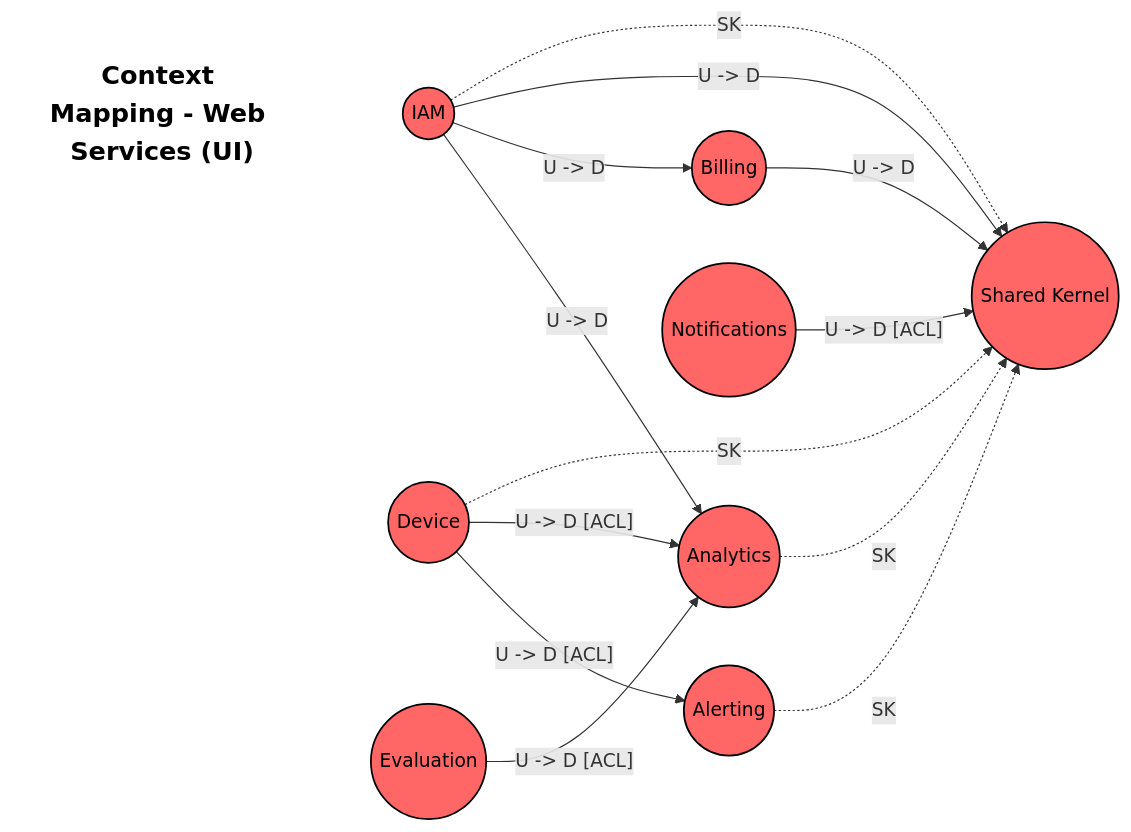
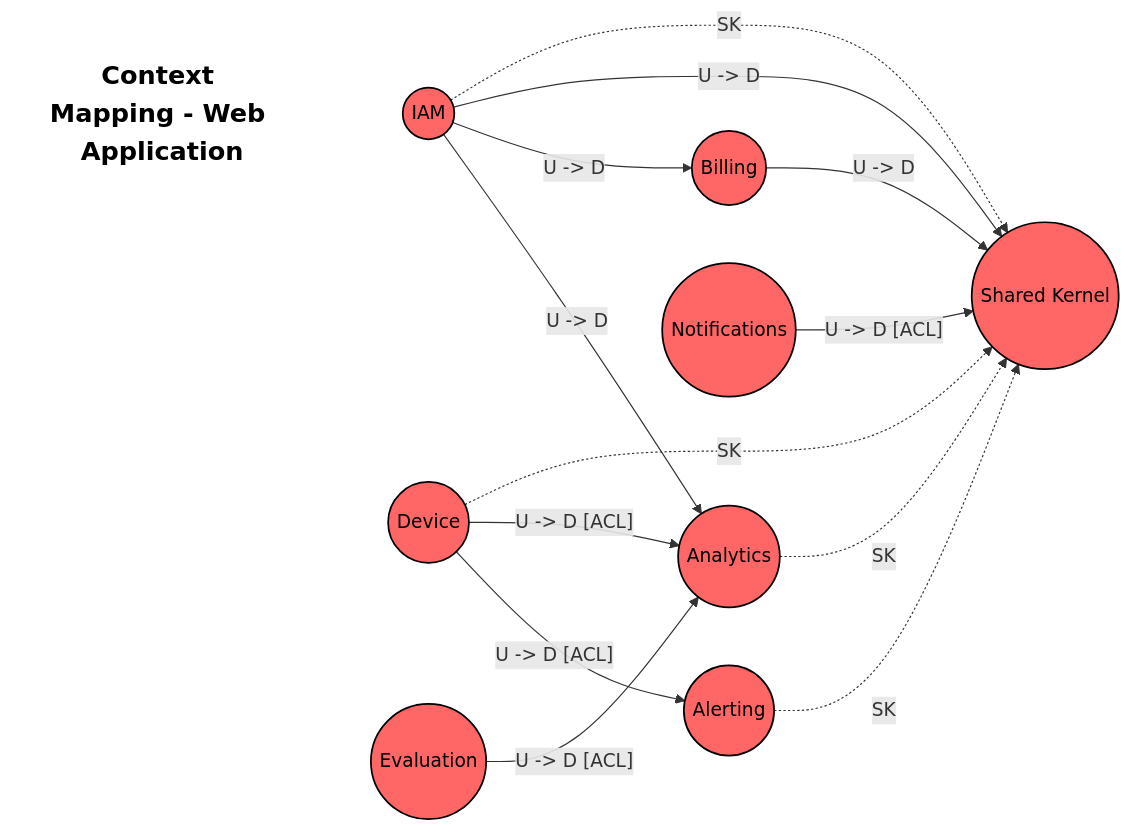
The diagram in docs/context-mapping/context-mapping.md (Vanana-Desarrollo-de-Soluciones-IOT/clair-ui), drawn with Mermaid before and after one commit.

````diff
--- a/docs/context-mapping/context-mapping.md
+++ b/docs/context-mapping/context-mapping.md
@@ -7,41 +7,41 @@
 ```mermaid
 flowchart LR
-    %% Context Mapping - Web Services (UI)
+    %% Context Mapping - Web Application
 
-    title["Context Mapping - Web Services (UI)"]
+    title["Context Mapping - Web Application"]
 
     IAM(("IAM"))
     Device(("Device"))
     Alerting(("Alerting"))
     Analytics(("Analytics"))
     Billing(("Billing"))
     Evaluation(("Evaluation"))
     Notifications(("Notifications"))
     Shared(("Shared Kernel"))
 
     %% Upstream -> Downstream relationships with ACL
     Device -->|"U -> D [ACL]"| Alerting
     Device -->|"U -> D [ACL]"| Analytics
     Evaluation -->|"U -> D [ACL]"| Analytics
 
     IAM -->|"U -> D"| Analytics
     IAM -->|"U -> D"| Billing
     IAM -->|"U -> D"| Shared
 
     Billing -->|"U -> D"| Shared
     Notifications -->|"U -> D [ACL]"| Shared
 
     %% Shared Kernel Dependencies
     Alerting -.->|"SK"| Shared
     Analytics -.->|"SK"| Shared
     Device -.->|"SK"| Shared
     IAM -.->|"SK"| Shared
 
     title ~~~ IAM
 
     classDef context fill:#ff6666,stroke:#000,stroke-width:1.5px,color:#000;
     classDef titleNode fill:transparent,stroke:transparent,color:#000,font-size:22px,font-weight:bold;
 
     class IAM,Device,Alerting,Analytics,Billing,Evaluation,Notifications,Shared context;
     class title titleNode;
 ```
````
